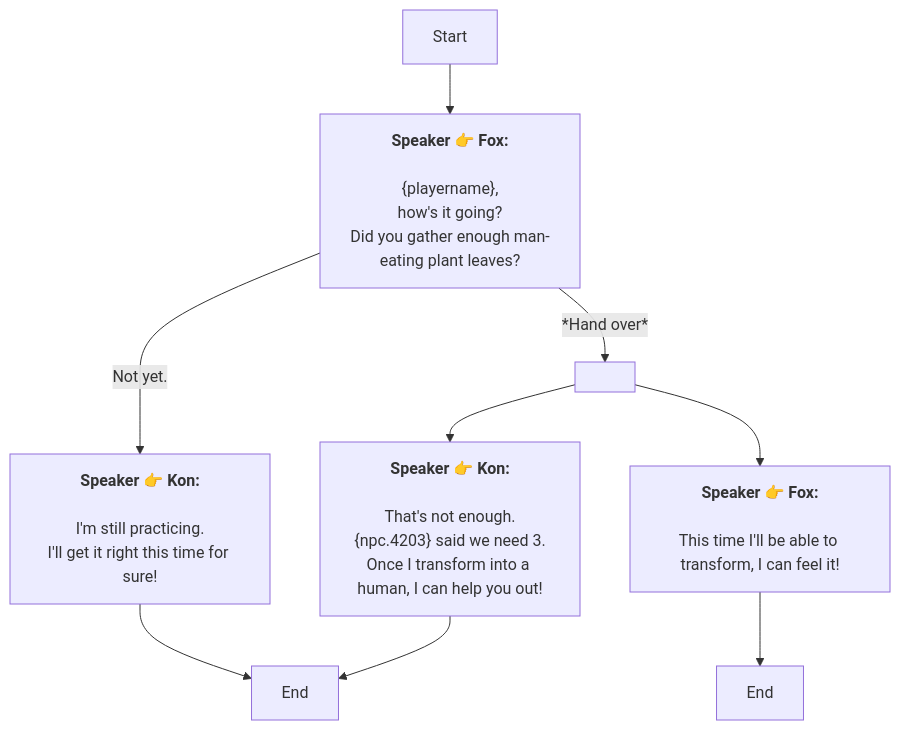
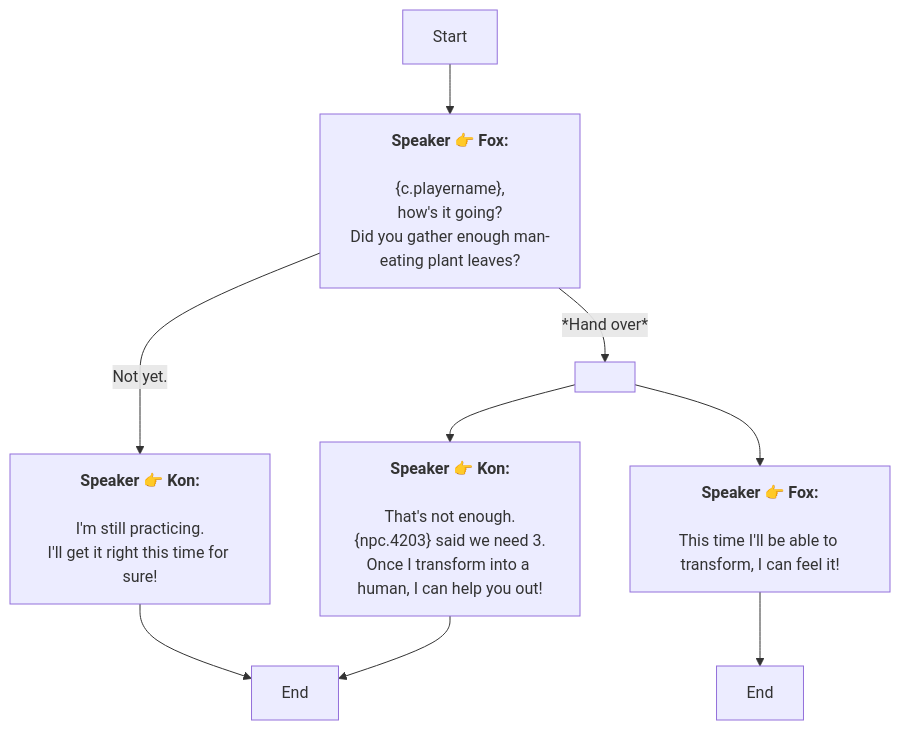
The diagram in En/QuestTalkObjectiveNode_1738540454527154.md (SoftHu/tos_avg), drawn with Mermaid before and after one commit. The commit also changed 410 other files, not shown here.

````diff
--- a/En/QuestTalkObjectiveNode_1738540454527154.md
+++ b/En/QuestTalkObjectiveNode_1738540454527154.md
@@ -1,21 +1,21 @@
 ```mermaid
 graph
 Start -->1738540623759549[<b>Speaker 👉 Fox:</b>
-\n&lbrace;playername&rbrace;,
+\n&lbrace;c.playername&rbrace;,
 how's it going?
 Did you gather enough man-eating plant leaves?]
 1738540623759549 -->|Not yet.|1738541281747142[<b>Speaker 👉 Kon:</b>
 \nI'm still practicing.
 I'll get it right this time for sure!]
 1738540623759549 -->|*Hand over*|1738552948907153[ ]
 1738541281747142 -->1738541321536711[End]
 1738552948907153 -->1738540706198720[<b>Speaker 👉 Fox:</b>
 \nThis time I'll be able to transform, I can feel it!]
 1738552948907153 -->1738540704310463[<b>Speaker 👉 Kon:</b>
 \nThat's not enough.
 &lbrace;npc.4203&rbrace; said we need 3.
 Once I transform into a human, I can help you out!]
 1738540706198720 -->1738541365653704[End]
 1738540704310463 -->1738541321536711[End]
 
 ```
````
